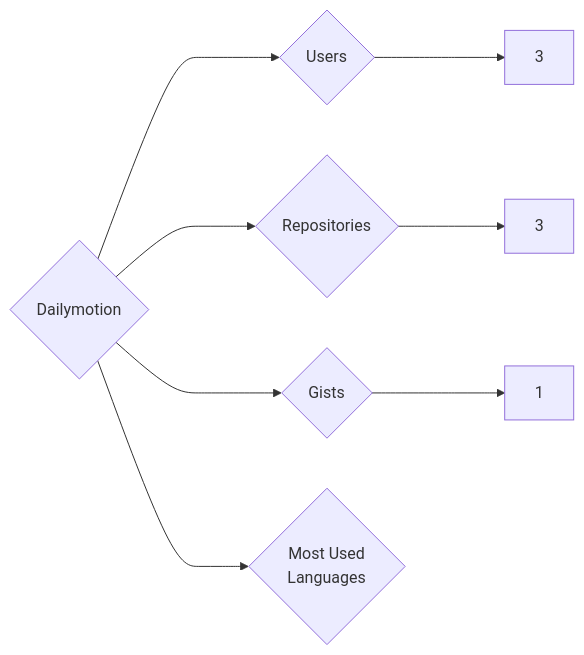
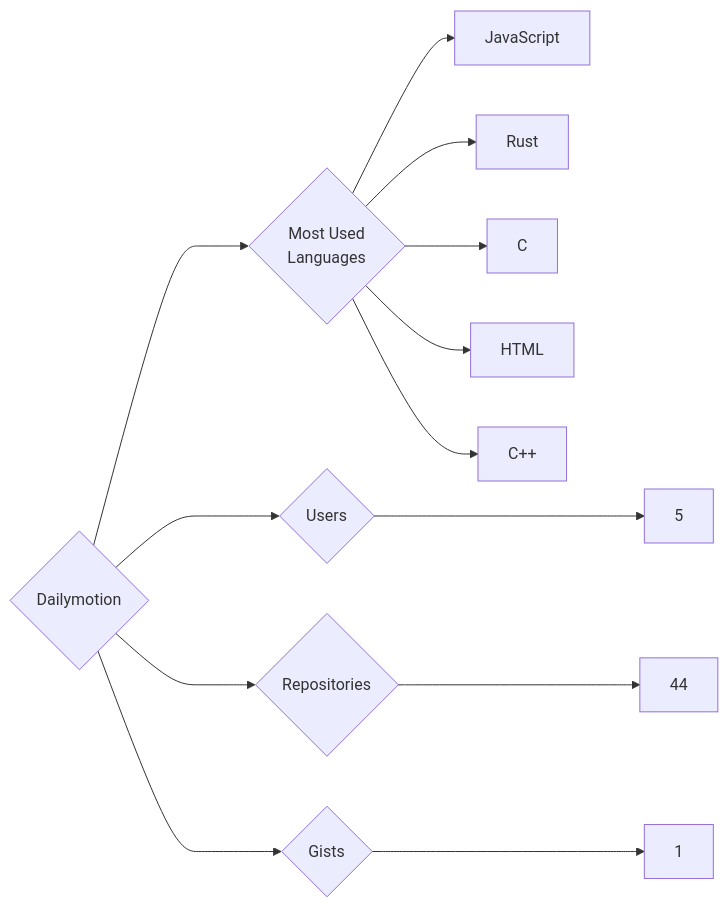
One commit to trickest/insiders changed the diagram in targets/Dailymotion/README.md. Above: the diagram before and after it, drawn with Mermaid. The commit also changed 1055 other files, not shown here.

````diff
--- a/targets/Dailymotion/README.md
+++ b/targets/Dailymotion/README.md
@@ -3,8 +3,13 @@
 ```mermaid
 graph LR
 COMPANY_NAME{Dailymotion}
-COMPANY_NAME ---> U{Users} ---> UN[3]
-COMPANY_NAME ---> R{Repositories} ---> RN[3]
+COMPANY_NAME ---> U{Users} ---> UN[5]
+COMPANY_NAME ---> R{Repositories} ---> RN[44]
 COMPANY_NAME ---> G{Gists} ---> GN[1]
 COMPANY_NAME ---> ML{Most Used<br>Languages}
+ML --> JavaScript[JavaScript]
+ML --> Rust[Rust]
+ML --> C[C]
+ML --> HTML[HTML]
+ML --> C++[C++]
 ```
````
